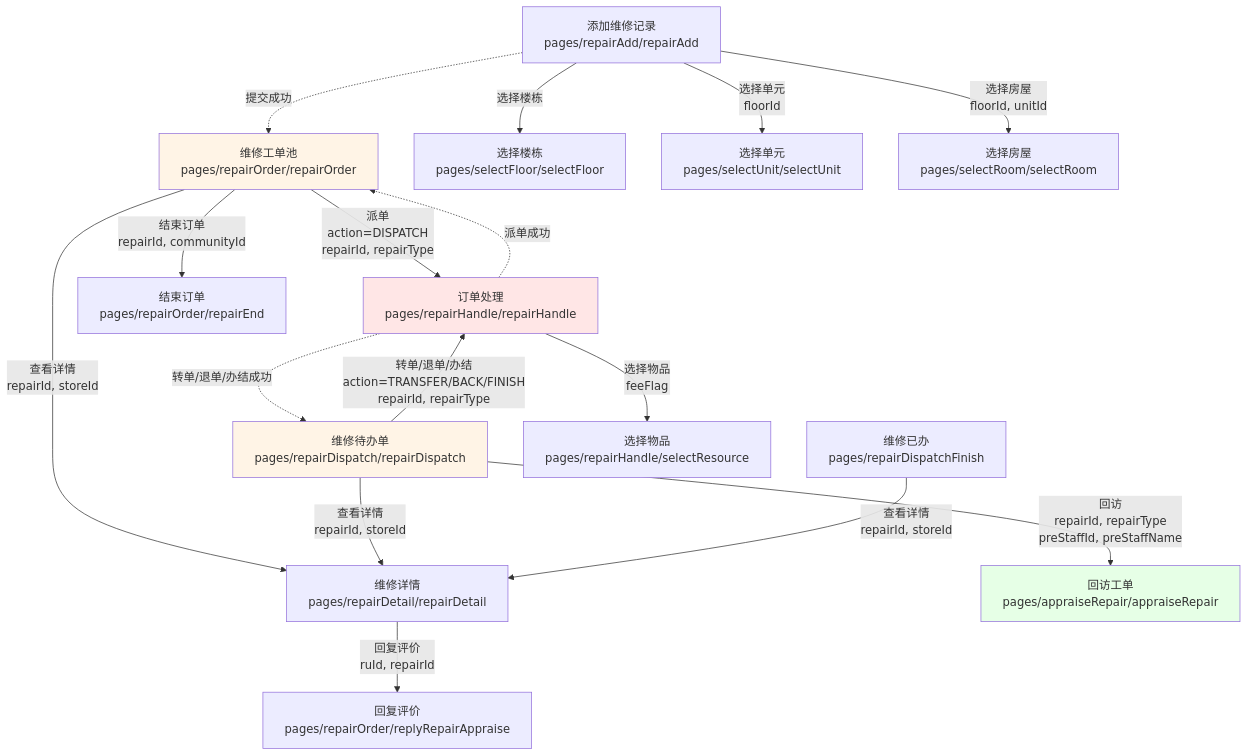
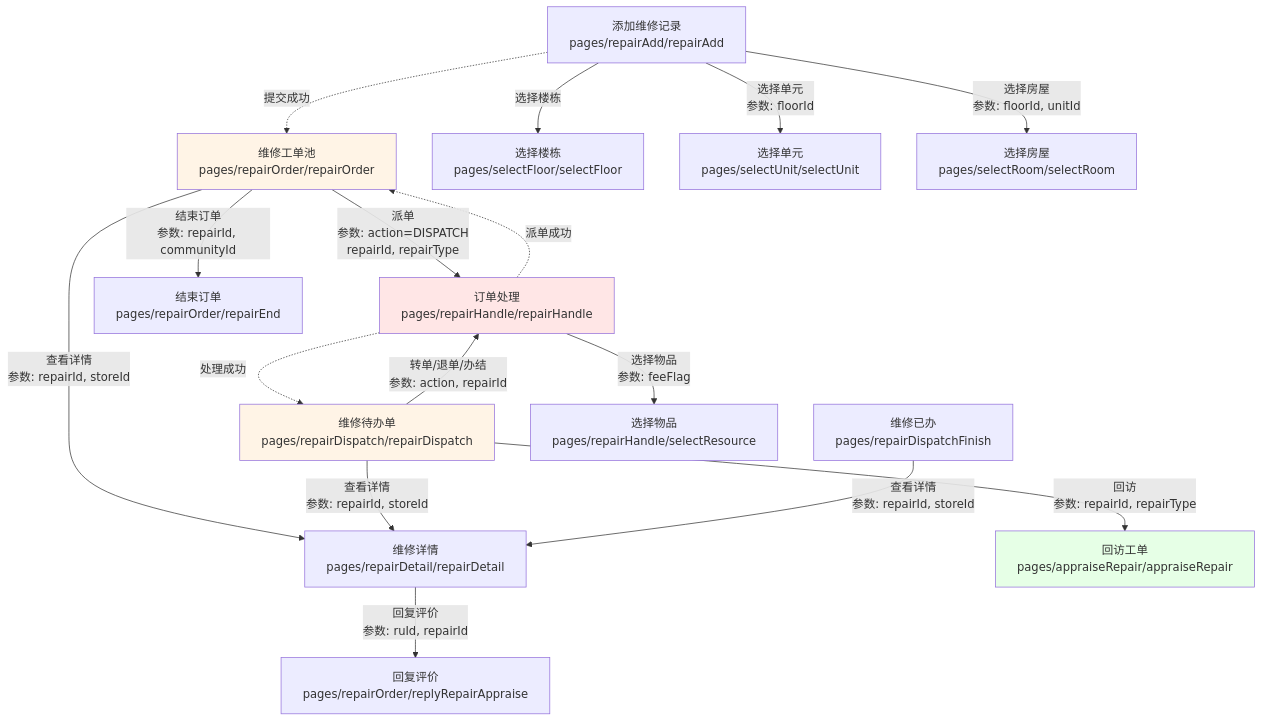
The second of 19 diagrams in .github/reports/vue2-route-navigation-map.md (nwt-q/001-Smart-Community), drawn with Mermaid before and after one commit. The commit also changed other lines of this file, not shown here.

Commit message:
🐳 chore(root): 重新制作路由关系图标；

````diff
--- a/.github/reports/vue2-route-navigation-map.md
+++ b/.github/reports/vue2-route-navigation-map.md
@@ -60,52 +103,52 @@
 ```mermaid
 graph TB
     %% 维修工单主要页面
     RepairOrder["维修工单池<br/>pages/repairOrder/repairOrder"]
     RepairDispatch["维修待办单<br/>pages/repairDispatch/repairDispatch"]
     RepairDetail["维修详情<br/>pages/repairDetail/repairDetail"]
     RepairHandle["订单处理<br/>pages/repairHandle/repairHandle"]
     RepairAdd["添加维修记录<br/>pages/repairAdd/repairAdd"]
     RepairFinish["维修已办<br/>pages/repairDispatchFinish"]
     AppraiseRepair["回访工单<br/>pages/appraiseRepair/appraiseRepair"]
     RepairEnd["结束订单<br/>pages/repairOrder/repairEnd"]
     ReplyAppraise["回复评价<br/>pages/repairOrder/replyRepairAppraise"]
     SelectResource["选择物品<br/>pages/repairHandle/selectResource"]
 
     %% 选择房屋相关页面
     SelectFloor["选择楼栋<br/>pages/selectFloor/selectFloor"]
     SelectUnit["选择单元<br/>pages/selectUnit/selectUnit"]
     SelectRoom["选择房屋<br/>pages/selectRoom/selectRoom"]
 
     %% 维修工单池的跳转
-    RepairOrder -->|查看详情<br/>repairId, storeId| RepairDetail
-    RepairOrder -->|派单<br/>action=DISPATCH<br/>repairId, repairType| RepairHandle
-    RepairOrder -->|结束订单<br/>repairId, communityId| RepairEnd
+    RepairOrder -->|查看详情<br/>参数: repairId, storeId| RepairDetail
+    RepairOrder -->|派单<br/>参数: action=DISPATCH<br/>repairId, repairType| RepairHandle
+    RepairOrder -->|结束订单<br/>参数: repairId, communityId| RepairEnd
 
     %% 维修待办单的跳转
-    RepairDispatch -->|查看详情<br/>repairId, storeId| RepairDetail
-    RepairDispatch -->|转单/退单/办结<br/>action=TRANSFER/BACK/FINISH<br/>repairId, repairType| RepairHandle
-    RepairDispatch -->|回访<br/>repairId, repairType<br/>preStaffId, preStaffName| AppraiseRepair
+    RepairDispatch -->|查看详情<br/>参数: repairId, storeId| RepairDetail
+    RepairDispatch -->|转单/退单/办结<br/>参数: action, repairId| RepairHandle
+    RepairDispatch -->|回访<br/>参数: repairId, repairType| AppraiseRepair
 
     %% 维修详情的跳转
-    RepairDetail -->|回复评价<br/>ruId, repairId| ReplyAppraise
+    RepairDetail -->|回复评价<br/>参数: ruId, repairId| ReplyAppraise
 
     %% 订单处理的跳转
-    RepairHandle -->|选择物品<br/>feeFlag| SelectResource
+    RepairHandle -->|选择物品<br/>参数: feeFlag| SelectResource
     RepairHandle -.->|派单成功| RepairOrder
-    RepairHandle -.->|转单/退单/办结成功| RepairDispatch
+    RepairHandle -.->|处理成功| RepairDispatch
 
     %% 添加维修记录的跳转
     RepairAdd -->|选择楼栋| SelectFloor
-    RepairAdd -->|选择单元<br/>floorId| SelectUnit
-    RepairAdd -->|选择房屋<br/>floorId, unitId| SelectRoom
+    RepairAdd -->|选择单元<br/>参数: floorId| SelectUnit
+    RepairAdd -->|选择房屋<br/>参数: floorId, unitId| SelectRoom
     RepairAdd -.->|提交成功| RepairOrder
 
     %% 维修已办的跳转
-    RepairFinish -->|查看详情<br/>repairId, storeId| RepairDetail
+    RepairFinish -->|查看详情<br/>参数: repairId, storeId| RepairDetail
 
     %% 样式
     style RepairOrder fill:#fff4e6
     style RepairDispatch fill:#fff4e6
     style RepairHandle fill:#ffe6e6
     style AppraiseRepair fill:#e6ffe6
 ```
````
